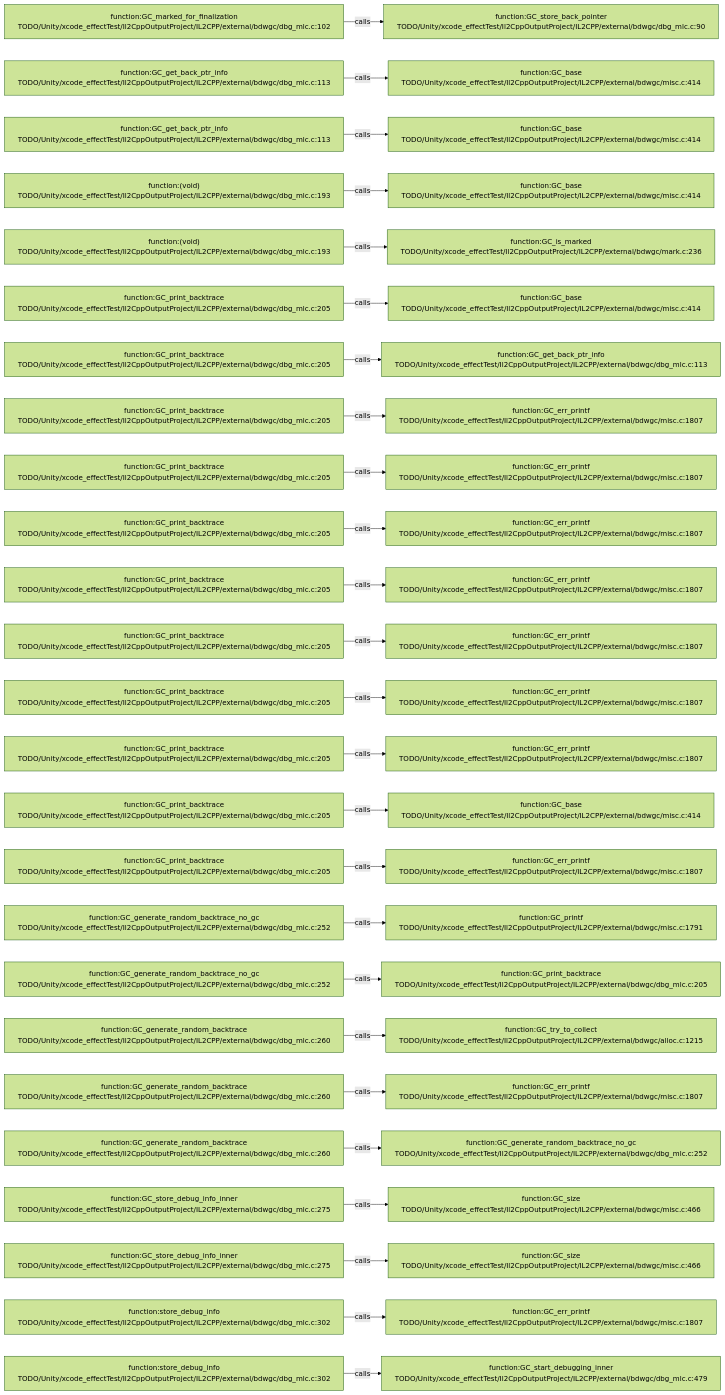
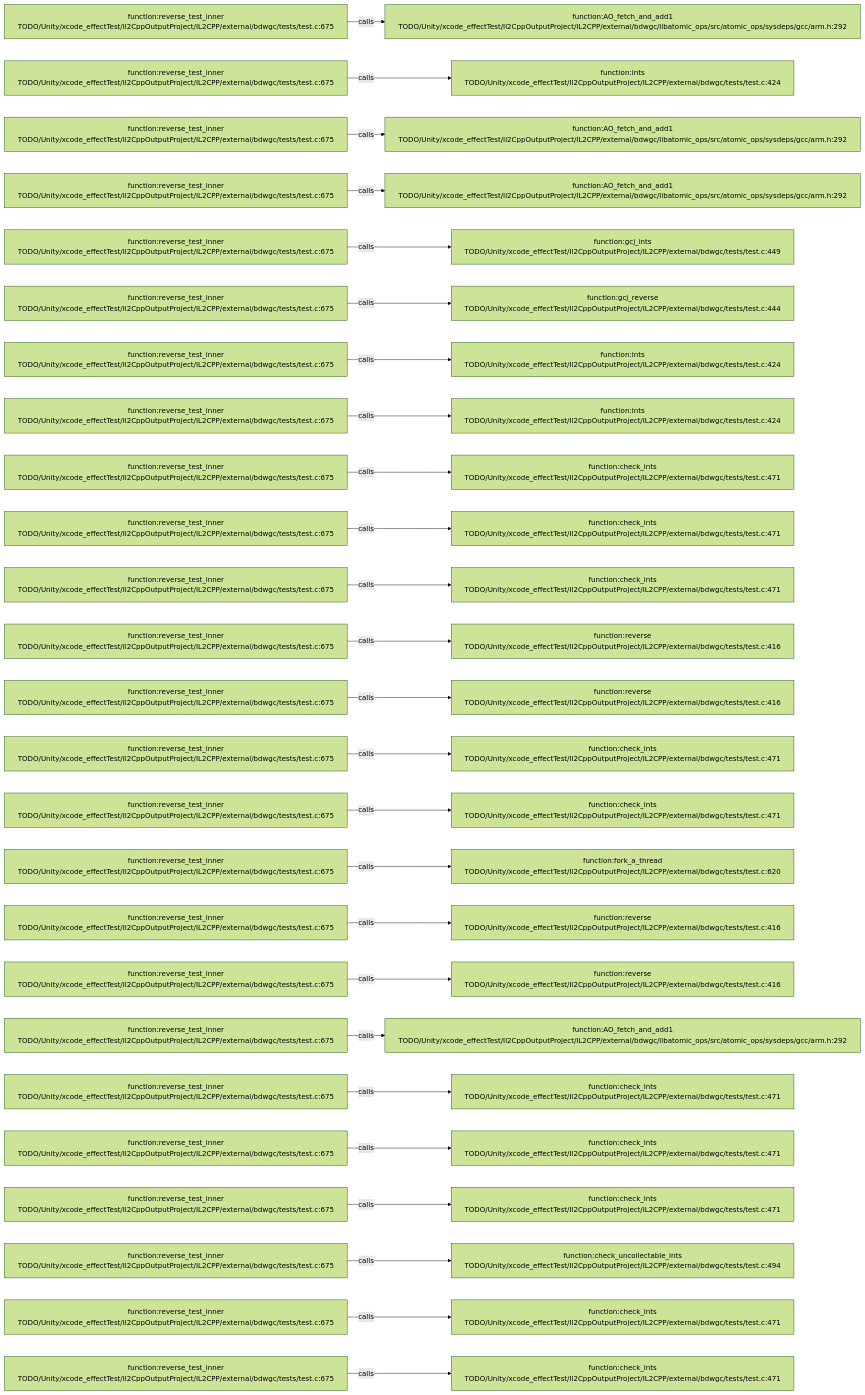
One commit to JobsKits/JobsSwiftBaseConfigDemo changed the diagram in .codegraph/codegraph.md/graphs/calls-165.md. Above: the diagram before and after it, drawn with Mermaid (forest theme). The commit also changed 227 other files, not shown here.

````diff
--- a/.codegraph/codegraph.md/graphs/calls-165.md
+++ b/.codegraph/codegraph.md/graphs/calls-165.md
@@ -13,78 +13,78 @@
 ```mermaid
 flowchart LR
-  S1["function:GC_marked_for_finalization<br/>TODO/Unity/xcode_effectTest/Il2CppOutputProject/IL2CPP/external/bdwgc/dbg_mlc.c:102"]
-  T1["function:GC_store_back_pointer<br/>TODO/Unity/xcode_effectTest/Il2CppOutputProject/IL2CPP/external/bdwgc/dbg_mlc.c:90"]
+  S1["function:reverse_test_inner<br/>TODO/Unity/xcode_effectTest/Il2CppOutputProject/IL2CPP/external/bdwgc/tests/test.c:675"]
+  T1["function:AO_fetch_and_add1<br/>TODO/Unity/xcode_effectTest/Il2CppOutputProject/IL2CPP/external/bdwgc/libatomic_ops/src/atomic_ops/sysdeps/gcc/arm.h:292"]
   S1 -->|calls| T1
-  S2["function:GC_get_back_ptr_info<br/>TODO/Unity/xcode_effectTest/Il2CppOutputProject/IL2CPP/external/bdwgc/dbg_mlc.c:113"]
-  T2["function:GC_base<br/>TODO/Unity/xcode_effectTest/Il2CppOutputProject/IL2CPP/external/bdwgc/misc.c:414"]
+  S2["function:reverse_test_inner<br/>TODO/Unity/xcode_effectTest/Il2CppOutputProject/IL2CPP/external/bdwgc/tests/test.c:675"]
+  T2["function:ints<br/>TODO/Unity/xcode_effectTest/Il2CppOutputProject/IL2CPP/external/bdwgc/tests/test.c:424"]
   S2 -->|calls| T2
-  S3["function:GC_get_back_ptr_info<br/>TODO/Unity/xcode_effectTest/Il2CppOutputProject/IL2CPP/external/bdwgc/dbg_mlc.c:113"]
-  T3["function:GC_base<br/>TODO/Unity/xcode_effectTest/Il2CppOutputProject/IL2CPP/external/bdwgc/misc.c:414"]
+  S3["function:reverse_test_inner<br/>TODO/Unity/xcode_effectTest/Il2CppOutputProject/IL2CPP/external/bdwgc/tests/test.c:675"]
+  T3["function:AO_fetch_and_add1<br/>TODO/Unity/xcode_effectTest/Il2CppOutputProject/IL2CPP/external/bdwgc/libatomic_ops/src/atomic_ops/sysdeps/gcc/arm.h:292"]
   S3 -->|calls| T3
-  S4["function:(void)<br/>TODO/Unity/xcode_effectTest/Il2CppOutputProject/IL2CPP/external/bdwgc/dbg_mlc.c:193"]
-  T4["function:GC_base<br/>TODO/Unity/xcode_effectTest/Il2CppOutputProject/IL2CPP/external/bdwgc/misc.c:414"]
+  S4["function:reverse_test_inner<br/>TODO/Unity/xcode_effectTest/Il2CppOutputProject/IL2CPP/external/bdwgc/tests/test.c:675"]
+  T4["function:AO_fetch_and_add1<br/>TODO/Unity/xcode_effectTest/Il2CppOutputProject/IL2CPP/external/bdwgc/libatomic_ops/src/atomic_ops/sysdeps/gcc/arm.h:292"]
   S4 -->|calls| T4
-  S5["function:(void)<br/>TODO/Unity/xcode_effectTest/Il2CppOutputProject/IL2CPP/external/bdwgc/dbg_mlc.c:193"]
-  T5["function:GC_is_marked<br/>TODO/Unity/xcode_effectTest/Il2CppOutputProject/IL2CPP/external/bdwgc/mark.c:236"]
+  S5["function:reverse_test_inner<br/>TODO/Unity/xcode_effectTest/Il2CppOutputProject/IL2CPP/external/bdwgc/tests/test.c:675"]
+  T5["function:gcj_ints<br/>TODO/Unity/xcode_effectTest/Il2CppOutputProject/IL2CPP/external/bdwgc/tests/test.c:449"]
   S5 -->|calls| T5
-  S6["function:GC_print_backtrace<br/>TODO/Unity/xcode_effectTest/Il2CppOutputProject/IL2CPP/external/bdwgc/dbg_mlc.c:205"]
-  T6["function:GC_base<br/>TODO/Unity/xcode_effectTest/Il2CppOutputProject/IL2CPP/external/bdwgc/misc.c:414"]
+  S6["function:reverse_test_inner<br/>TODO/Unity/xcode_effectTest/Il2CppOutputProject/IL2CPP/external/bdwgc/tests/test.c:675"]
+  T6["function:gcj_reverse<br/>TODO/Unity/xcode_effectTest/Il2CppOutputProject/IL2CPP/external/bdwgc/tests/test.c:444"]
   S6 -->|calls| T6
-  S7["function:GC_print_backtrace<br/>TODO/Unity/xcode_effectTest/Il2CppOutputProject/IL2CPP/external/bdwgc/dbg_mlc.c:205"]
-  T7["function:GC_get_back_ptr_info<br/>TODO/Unity/xcode_effectTest/Il2CppOutputProject/IL2CPP/external/bdwgc/dbg_mlc.c:113"]
+  S7["function:reverse_test_inner<br/>TODO/Unity/xcode_effectTest/Il2CppOutputProject/IL2CPP/external/bdwgc/tests/test.c:675"]
+  T7["function:ints<br/>TODO/Unity/xcode_effectTest/Il2CppOutputProject/IL2CPP/external/bdwgc/tests/test.c:424"]
   S7 -->|calls| T7
-  S8["function:GC_print_backtrace<br/>TODO/Unity/xcode_effectTest/Il2CppOutputProject/IL2CPP/external/bdwgc/dbg_mlc.c:205"]
-  T8["function:GC_err_printf<br/>TODO/Unity/xcode_effectTest/Il2CppOutputProject/IL2CPP/external/bdwgc/misc.c:1807"]
+  S8["function:reverse_test_inner<br/>TODO/Unity/xcode_effectTest/Il2CppOutputProject/IL2CPP/external/bdwgc/tests/test.c:675"]
+  T8["function:ints<br/>TODO/Unity/xcode_effectTest/Il2CppOutputProject/IL2CPP/external/bdwgc/tests/test.c:424"]
   S8 -->|calls| T8
-  S9["function:GC_print_backtrace<br/>TODO/Unity/xcode_effectTest/Il2CppOutputProject/IL2CPP/external/bdwgc/dbg_mlc.c:205"]
-  T9["function:GC_err_printf<br/>TODO/Unity/xcode_effectTest/Il2CppOutputProject/IL2CPP/external/bdwgc/misc.c:1807"]
+  S9["function:reverse_test_inner<br/>TODO/Unity/xcode_effectTest/Il2CppOutputProject/IL2CPP/external/bdwgc/tests/test.c:675"]
+  T9["function:check_ints<br/>TODO/Unity/xcode_effectTest/Il2CppOutputProject/IL2CPP/external/bdwgc/tests/test.c:471"]
   S9 -->|calls| T9
-  S10["function:GC_print_backtrace<br/>TODO/Unity/xcode_effectTest/Il2CppOutputProject/IL2CPP/external/bdwgc/dbg_mlc.c:205"]
-  T10["function:GC_err_printf<br/>TODO/Unity/xcode_effectTest/Il2CppOutputProject/IL2CPP/external/bdwgc/misc.c:1807"]
+  S10["function:reverse_test_inner<br/>TODO/Unity/xcode_effectTest/Il2CppOutputProject/IL2CPP/external/bdwgc/tests/test.c:675"]
+  T10["function:check_ints<br/>TODO/Unity/xcode_effectTest/Il2CppOutputProject/IL2CPP/external/bdwgc/tests/test.c:471"]
   S10 -->|calls| T10
-  S11["function:GC_print_backtrace<br/>TODO/Unity/xcode_effectTest/Il2CppOutputProject/IL2CPP/external/bdwgc/dbg_mlc.c:205"]
-  T11["function:GC_err_printf<br/>TODO/Unity/xcode_effectTest/Il2CppOutputProject/IL2CPP/external/bdwgc/misc.c:1807"]
+  S11["function:reverse_test_inner<br/>TODO/Unity/xcode_effectTest/Il2CppOutputProject/IL2CPP/external/bdwgc/tests/test.c:675"]
+  T11["function:check_ints<br/>TODO/Unity/xcode_effectTest/Il2CppOutputProject/IL2CPP/external/bdwgc/tests/test.c:471"]
   S11 -->|calls| T11
-  S12["function:GC_print_backtrace<br/>TODO/Unity/xcode_effectTest/Il2CppOutputProject/IL2CPP/external/bdwgc/dbg_mlc.c:205"]
-  T12["function:GC_err_printf<br/>TODO/Unity/xcode_effectTest/Il2CppOutputProject/IL2CPP/external/bdwgc/misc.c:1807"]
+  S12["function:reverse_test_inner<br/>TODO/Unity/xcode_effectTest/Il2CppOutputProject/IL2CPP/external/bdwgc/tests/test.c:675"]
+  T12["function:reverse<br/>TODO/Unity/xcode_effectTest/Il2CppOutputProject/IL2CPP/external/bdwgc/tests/test.c:416"]
   S12 -->|calls| T12
-  S13["function:GC_print_backtrace<br/>TODO/Unity/xcode_effectTest/Il2CppOutputProject/IL2CPP/external/bdwgc/dbg_mlc.c:205"]
-  T13["function:GC_err_printf<br/>TODO/Unity/xcode_effectTest/Il2CppOutputProject/IL2CPP/external/bdwgc/misc.c:1807"]
+  S13["function:reverse_test_inner<br/>TODO/Unity/xcode_effectTest/Il2CppOutputProject/IL2CPP/external/bdwgc/tests/test.c:675"]
+  T13["function:reverse<br/>TODO/Unity/xcode_effectTest/Il2CppOutputProject/IL2CPP/external/bdwgc/tests/test.c:416"]
   S13 -->|calls| T13
-  S14["function:GC_print_backtrace<br/>TODO/Unity/xcode_effectTest/Il2CppOutputProject/IL2CPP/external/bdwgc/dbg_mlc.c:205"]
-  T14["function:GC_err_printf<br/>TODO/Unity/xcode_effectTest/Il2CppOutputProject/IL2CPP/external/bdwgc/misc.c:1807"]
+  S14["function:reverse_test_inner<br/>TODO/Unity/xcode_effectTest/Il2CppOutputProject/IL2CPP/external/bdwgc/tests/test.c:675"]
+  T14["function:check_ints<br/>TODO/Unity/xcode_effectTest/Il2CppOutputProject/IL2CPP/external/bdwgc/tests/test.c:471"]
   S14 -->|calls| T14
-  S15["function:GC_print_backtrace<br/>TODO/Unity/xcode_effectTest/Il2CppOutputProject/IL2CPP/external/bdwgc/dbg_mlc.c:205"]
-  T15["function:GC_base<br/>TODO/Unity/xcode_effectTest/Il2CppOutputProject/IL2CPP/external/bdwgc/misc.c:414"]
+  S15["function:reverse_test_inner<br/>TODO/Unity/xcode_effectTest/Il2CppOutputProject/IL2CPP/external/bdwgc/tests/test.c:675"]
+  T15["function:check_ints<br/>TODO/Unity/xcode_effectTest/Il2CppOutputProject/IL2CPP/external/bdwgc/tests/test.c:471"]
   S15 -->|calls| T15
-  S16["function:GC_print_backtrace<br/>TODO/Unity/xcode_effectTest/Il2CppOutputProject/IL2CPP/external/bdwgc/dbg_mlc.c:205"]
-  T16["function:GC_err_printf<br/>TODO/Unity/xcode_effectTest/Il2CppOutputProject/IL2CPP/external/bdwgc/misc.c:1807"]
+  S16["function:reverse_test_inner<br/>TODO/Unity/xcode_effectTest/Il2CppOutputProject/IL2CPP/external/bdwgc/tests/test.c:675"]
+  T16["function:fork_a_thread<br/>TODO/Unity/xcode_effectTest/Il2CppOutputProject/IL2CPP/external/bdwgc/tests/test.c:620"]
   S16 -->|calls| T16
-  S17["function:GC_generate_random_backtrace_no_gc<br/>TODO/Unity/xcode_effectTest/Il2CppOutputProject/IL2CPP/external/bdwgc/dbg_mlc.c:252"]
-  T17["function:GC_printf<br/>TODO/Unity/xcode_effectTest/Il2CppOutputProject/IL2CPP/external/bdwgc/misc.c:1791"]
+  S17["function:reverse_test_inner<br/>TODO/Unity/xcode_effectTest/Il2CppOutputProject/IL2CPP/external/bdwgc/tests/test.c:675"]
+  T17["function:reverse<br/>TODO/Unity/xcode_effectTest/Il2CppOutputProject/IL2CPP/external/bdwgc/tests/test.c:416"]
   S17 -->|calls| T17
-  S18["function:GC_generate_random_backtrace_no_gc<br/>TODO/Unity/xcode_effectTest/Il2CppOutputProject/IL2CPP/external/bdwgc/dbg_mlc.c:252"]
-  T18["function:GC_print_backtrace<br/>TODO/Unity/xcode_effectTest/Il2CppOutputProject/IL2CPP/external/bdwgc/dbg_mlc.c:205"]
+  S18["function:reverse_test_inner<br/>TODO/Unity/xcode_effectTest/Il2CppOutputProject/IL2CPP/external/bdwgc/tests/test.c:675"]
+  T18["function:reverse<br/>TODO/Unity/xcode_effectTest/Il2CppOutputProject/IL2CPP/external/bdwgc/tests/test.c:416"]
   S18 -->|calls| T18
-  S19["function:GC_generate_random_backtrace<br/>TODO/Unity/xcode_effectTest/Il2CppOutputProject/IL2CPP/external/bdwgc/dbg_mlc.c:260"]
-  T19["function:GC_try_to_collect<br/>TODO/Unity/xcode_effectTest/Il2CppOutputProject/IL2CPP/external/bdwgc/alloc.c:1215"]
+  S19["function:reverse_test_inner<br/>TODO/Unity/xcode_effectTest/Il2CppOutputProject/IL2CPP/external/bdwgc/tests/test.c:675"]
+  T19["function:AO_fetch_and_add1<br/>TODO/Unity/xcode_effectTest/Il2CppOutputProject/IL2CPP/external/bdwgc/libatomic_ops/src/atomic_ops/sysdeps/gcc/arm.h:292"]
   S19 -->|calls| T19
-  S20["function:GC_generate_random_backtrace<br/>TODO/Unity/xcode_effectTest/Il2CppOutputProject/IL2CPP/external/bdwgc/dbg_mlc.c:260"]
-  T20["function:GC_err_printf<br/>TODO/Unity/xcode_effectTest/Il2CppOutputProject/IL2CPP/external/bdwgc/misc.c:1807"]
+  S20["function:reverse_test_inner<br/>TODO/Unity/xcode_effectTest/Il2CppOutputProject/IL2CPP/external/bdwgc/tests/test.c:675"]
+  T20["function:check_ints<br/>TODO/Unity/xcode_effectTest/Il2CppOutputProject/IL2CPP/external/bdwgc/tests/test.c:471"]
   S20 -->|calls| T20
-  S21["function:GC_generate_random_backtrace<br/>TODO/Unity/xcode_effectTest/Il2CppOutputProject/IL2CPP/external/bdwgc/dbg_mlc.c:260"]
-  T21["function:GC_generate_random_backtrace_no_gc<br/>TODO/Unity/xcode_effectTest/Il2CppOutputProject/IL2CPP/external/bdwgc/dbg_mlc.c:252"]
+  S21["function:reverse_test_inner<br/>TODO/Unity/xcode_effectTest/Il2CppOutputProject/IL2CPP/external/bdwgc/tests/test.c:675"]
+  T21["function:check_ints<br/>TODO/Unity/xcode_effectTest/Il2CppOutputProject/IL2CPP/external/bdwgc/tests/test.c:471"]
   S21 -->|calls| T21
-  S22["function:GC_store_debug_info_inner<br/>TODO/Unity/xcode_effectTest/Il2CppOutputProject/IL2CPP/external/bdwgc/dbg_mlc.c:275"]
-  T22["function:GC_size<br/>TODO/Unity/xcode_effectTest/Il2CppOutputProject/IL2CPP/external/bdwgc/misc.c:466"]
+  S22["function:reverse_test_inner<br/>TODO/Unity/xcode_effectTest/Il2CppOutputProject/IL2CPP/external/bdwgc/tests/test.c:675"]
+  T22["function:check_ints<br/>TODO/Unity/xcode_effectTest/Il2CppOutputProject/IL2CPP/external/bdwgc/tests/test.c:471"]
   S22 -->|calls| T22
-  S23["function:GC_store_debug_info_inner<br/>TODO/Unity/xcode_effectTest/Il2CppOutputProject/IL2CPP/external/bdwgc/dbg_mlc.c:275"]
-  T23["function:GC_size<br/>TODO/Unity/xcode_effectTest/Il2CppOutputProject/IL2CPP/external/bdwgc/misc.c:466"]
+  S23["function:reverse_test_inner<br/>TODO/Unity/xcode_effectTest/Il2CppOutputProject/IL2CPP/external/bdwgc/tests/test.c:675"]
+  T23["function:check_uncollectable_ints<br/>TODO/Unity/xcode_effectTest/Il2CppOutputProject/IL2CPP/external/bdwgc/tests/test.c:494"]
   S23 -->|calls| T23
-  S24["function:store_debug_info<br/>TODO/Unity/xcode_effectTest/Il2CppOutputProject/IL2CPP/external/bdwgc/dbg_mlc.c:302"]
-  T24["function:GC_err_printf<br/>TODO/Unity/xcode_effectTest/Il2CppOutputProject/IL2CPP/external/bdwgc/misc.c:1807"]
+  S24["function:reverse_test_inner<br/>TODO/Unity/xcode_effectTest/Il2CppOutputProject/IL2CPP/external/bdwgc/tests/test.c:675"]
+  T24["function:check_ints<br/>TODO/Unity/xcode_effectTest/Il2CppOutputProject/IL2CPP/external/bdwgc/tests/test.c:471"]
   S24 -->|calls| T24
-  S25["function:store_debug_info<br/>TODO/Unity/xcode_effectTest/Il2CppOutputProject/IL2CPP/external/bdwgc/dbg_mlc.c:302"]
-  T25["function:GC_start_debugging_inner<br/>TODO/Unity/xcode_effectTest/Il2CppOutputProject/IL2CPP/external/bdwgc/dbg_mlc.c:479"]
+  S25["function:reverse_test_inner<br/>TODO/Unity/xcode_effectTest/Il2CppOutputProject/IL2CPP/external/bdwgc/tests/test.c:675"]
+  T25["function:check_ints<br/>TODO/Unity/xcode_effectTest/Il2CppOutputProject/IL2CPP/external/bdwgc/tests/test.c:471"]
   S25 -->|calls| T25
 ```
````
